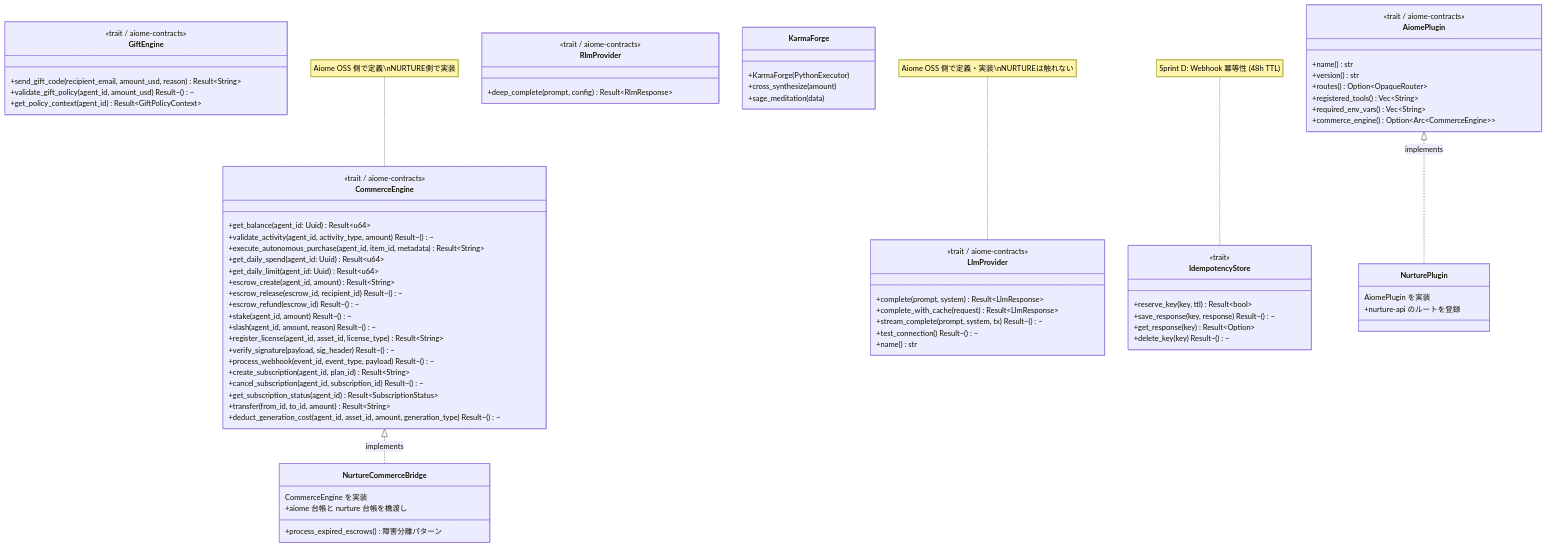
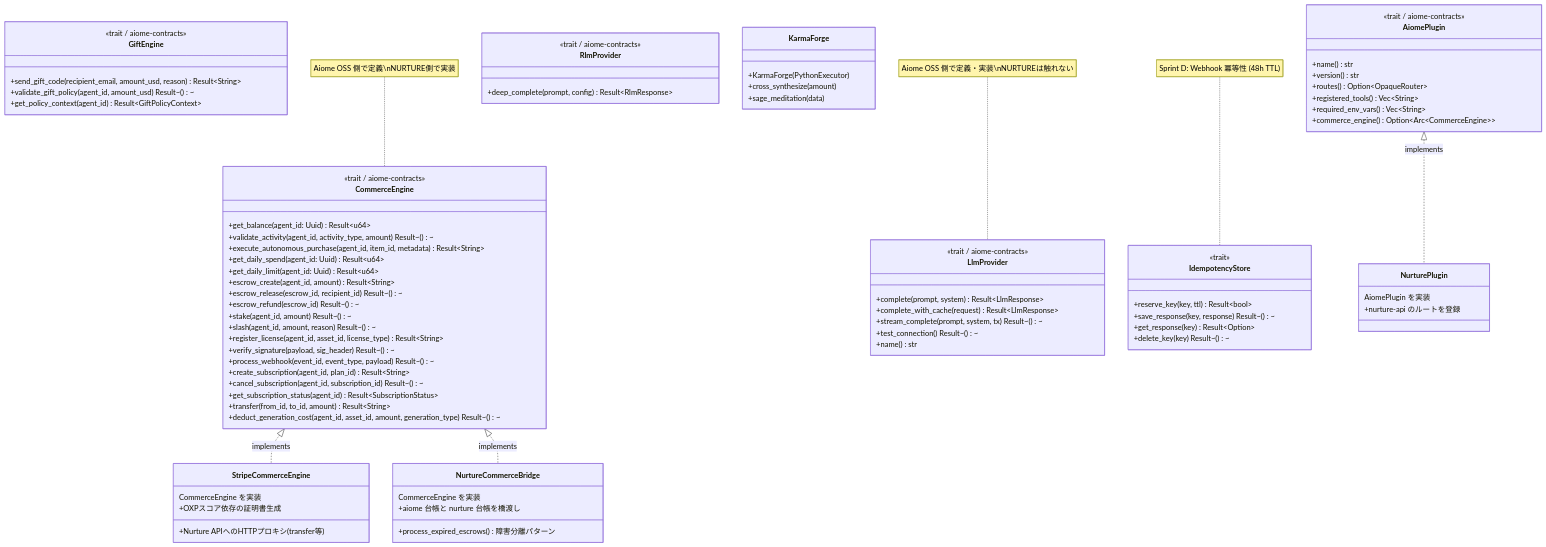
One commit to for4xex-droid/modular-open-claw changed the tenth of 12 diagrams in docs/architecture/AIOME_NURTURE_SYNERGY.md. Above: the diagram before and after it, drawn with Mermaid. The commit also changed other lines of this file and 6 other files, not shown here.

```diff
--- a/docs/architecture/AIOME_NURTURE_SYNERGY.md
+++ b/docs/architecture/AIOME_NURTURE_SYNERGY.md
@@ -678,6 +681,12 @@
         +deep_complete(prompt, config) Result~RlmResponse~
     }
 
+    class StripeCommerceEngine {
+        CommerceEngine を実装
+        +OXPスコア依存の証明書生成
+        +Nurture APIへのHTTPプロキシ (transfer等)
+    }
+
     class NurtureCommerceBridge {
         CommerceEngine を実装
         +aiome 台帳と nurture 台帳を橋渡し
@@ -703,6 +712,7 @@
         +nurture-api のルートを登録
     }
 
+    CommerceEngine <|.. StripeCommerceEngine : implements
     CommerceEngine <|.. NurtureCommerceBridge : implements
     AiomePlugin <|.. NurturePlugin : implements
 
```
